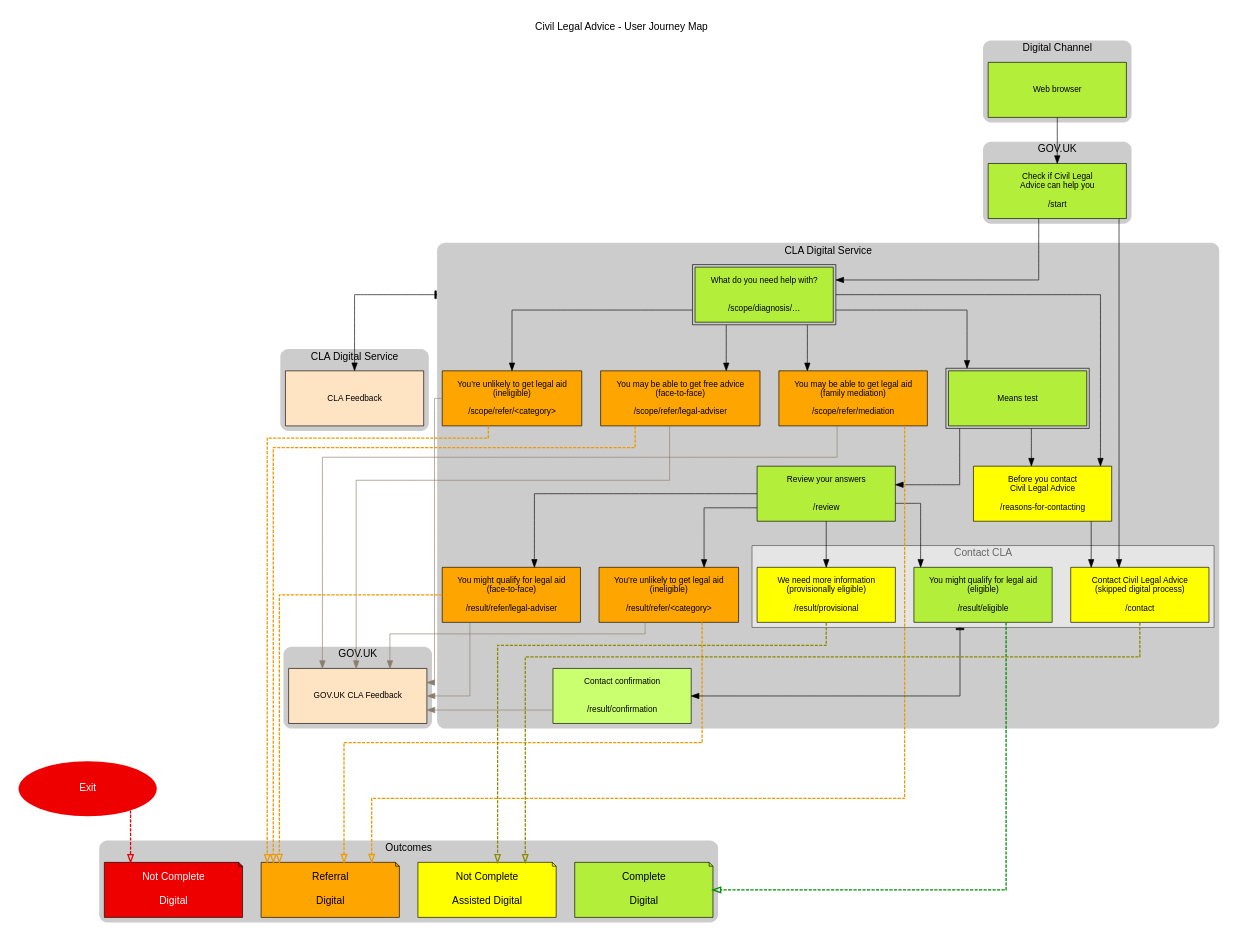
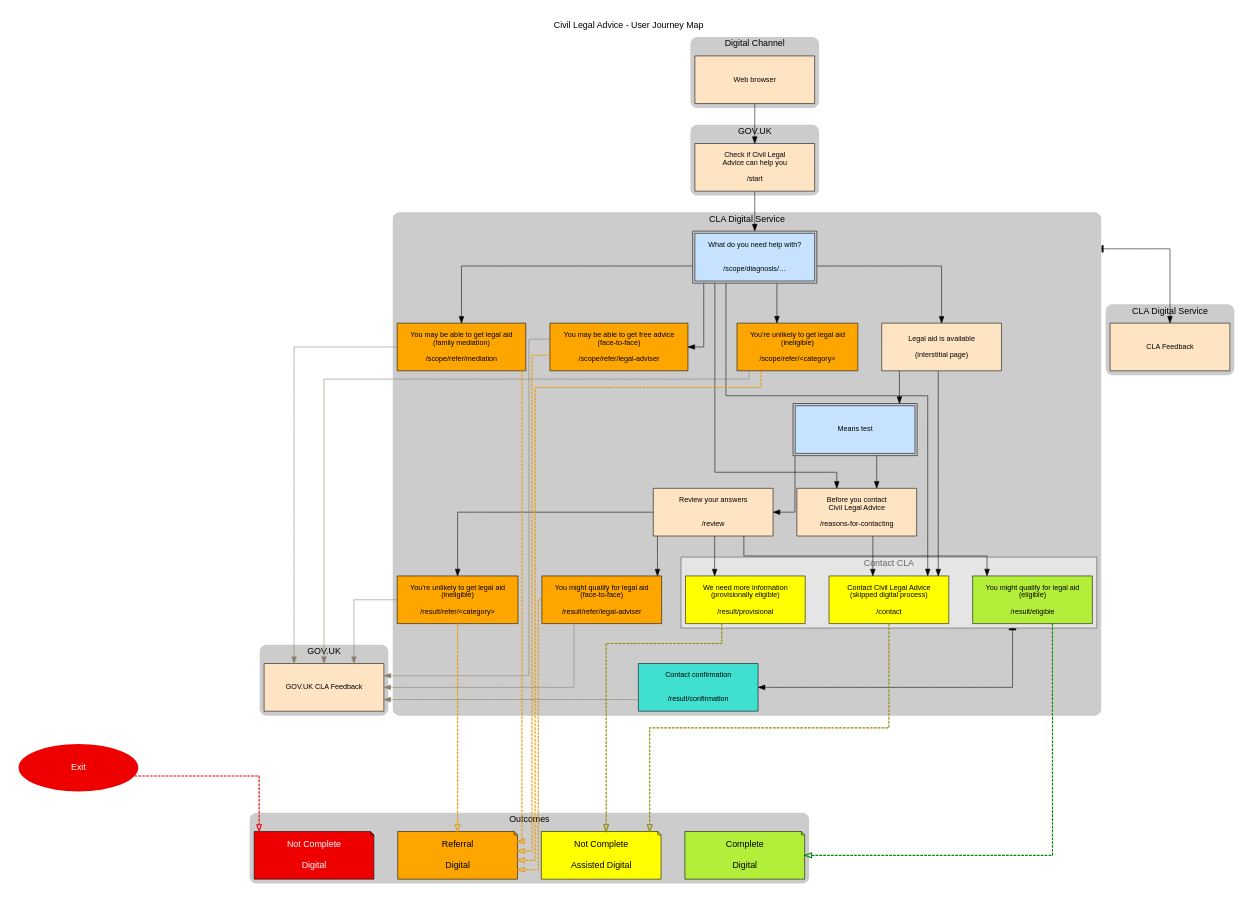
One commit to ministryofjustice/cla_public changed the diagram in cla-user-journey.gv. Above: the diagram before and after it, drawn with Graphviz.

Commit message:
Update User Journey Graph
- Add interstitial page
- Remove link to contact page from GOV.UK start page
- Add link from interstitial page to contact page
- Add link from scope diagnosis to contact page (immediate danger)

```diff
--- a/cla-user-journey.gv
+++ b/cla-user-journey.gv
@@ -1,151 +1,156 @@
 digraph CLA_User_Journey {
 	compound 	= true
 	labelloc 	= t
 	ordering 	= out
 	splines 	= ortho
-	nodesep		= .4
+	nodesep		= .6
 	ranksep 	= .4
 
 	label 		= "Civil Legal Advice - User Journey Map"
 	fontsize	= 16
 	size 		= "8x11"
 
 	graph  [ style="rounded, filled" fillcolor=grey80 fontname=Helvetica penwidth=0 ]
-	node   [ shape=box style=filled fillcolor=olivedrab2 fontname=Helvetica fontsize=13 height=1.2 width=3 ]
+	node   [ shape=box style=filled fillcolor=bisque fontname=Helvetica fontsize=13 height=1.2 width=3 ]
 	edge   [ minlen=2 arrowsize=1.2 fontname=Helvetica fontsize=12 fontcolor=grey40 ]
 
 	subgraph cluster_digital_channel {
 		label="Digital Channel"
 
 		Browser [ label = "Web browser" ]
 	}
 
 	subgraph cluster_govuk_start {
 		label = "GOV.UK"
 
 		CLA_Start [ label="Check if Civil Legal\nAdvice can help you\n\n/start" ]
 	}
 
 	subgraph cluster_govuk_end {
 		label = "GOV.UK"
 
-		GOVUK_CLA_Feedback [ label="GOV.UK CLA Feedback" fillcolor=bisque ]
+		GOVUK_CLA_Feedback [ label="GOV.UK CLA Feedback" ]
 	}
 
 	subgraph cluster_cla_digital_service {
 		label="CLA Digital Service"
 
-        CLA_Scope_Diagnosis [ label="What do you need help with?\n\n\n/scope/diagnosis/…" peripheries=2 ]
-		CLA_Means_Test [ label="Means test" peripheries=2 ]
+        CLA_Scope_Diagnosis [ label="What do you need help with?\n\n\n/scope/diagnosis/…" peripheries=2 fillcolor=slategray1 ]
+		CLA_Means_Test [ label="Means test" peripheries=2 fillcolor=slategray1 ]
 
 		CLA_Review_Answers [ label="Review your answers\n\n\n/review" ]
 
         CLA_Scope_Ineligible [ label="You’re unlikely to get legal aid\n(ineligible)\n\n/scope/refer/<category>" fillcolor=orange ]
         CLA_Scope_Face_To_Face [ label="You may be able to get free advice\n(face-to-face)\n\n/scope/refer/legal-adviser" fillcolor=orange ]
         CLA_Scope_Mediation [ label="You may be able to get legal aid\n(family mediation)\n\n/scope/refer/mediation" fillcolor=orange ]
         CLA_Result_Ineligible [ label="You’re unlikely to get legal aid\n(ineligible)\n\n/result/refer/<category>" fillcolor=orange ]
 		CLA_Result_Find_Legal_Adviser [ label="You might qualify for legal aid\n(face-to-face)\n\n/result/refer/legal-adviser" fillcolor=orange ]
 
 		subgraph cluster_contact {
 			label = "Contact CLA"
 			style=filled
 			penwidth=1
 			color=grey30
 			fontcolor=grey40
 			fillcolor=grey90
 
-			CLA_Result_Eligible [ label="You might qualify for legal aid\n(eligible)\n\n/result/eligible" ]
-			CLA_Result_Eligible_More_Info [ label="We need more information\n(provisionally eligible)\n\n/result/provisional" fillcolor=yellow ]
+			CLA_Result_Eligible [ label="You might qualify for legal aid\n(eligible)\n\n/result/eligible" fillcolor=olivedrab2 ]
+			CLA_Result_Provisional [ label="We need more information\n(provisionally eligible)\n\n/result/provisional" fillcolor=yellow ]
 			CLA_Contact [ label="Contact Civil Legal Advice\n(skipped digital process)\n\n/contact" fillcolor=yellow ]
 		}
 
-        CLA_Reasons_For_Contacting [ label="Before you contact\nCivil Legal Advice\n\n/reasons-for-contacting" fillcolor=yellow ]
+        CLA_Reasons_For_Contacting [ label="Before you contact\nCivil Legal Advice\n\n/reasons-for-contacting" ]
 
-		CLA_Contact_Confirmation [ label="Contact confirmation\n\n\n/result/confirmation" fillcolor="darkolivegreen1" ]
+        CLA_Contact_Confirmation [ label="Contact confirmation\n\n\n/result/confirmation" fillcolor=turquoise ]
+
+		CLA_Interstitial [ label="Legal aid is available\n\n(interstitial page)" ]
 	}
 
 	subgraph cluster_outcomes {
 		label = "Outcomes"
 
 		Not_Complete_Digital [ shape=note fontcolor=white fontsize=16 label="Not Complete\n\nDigital" fillcolor=red2 ]
 		Not_Complete_Assisted_Digital [ shape=note fontsize=16 label="Not Complete\n\nAssisted Digital" fillcolor=yellow ]
 		Complete_Digital [ shape=note fontsize=16 label="Complete\n\nDigital" fillcolor=olivedrab2 ]
 		Referral_Digital [ shape=note fontsize=16 label="Referral\n\nDigital" fillcolor=orange ]
 	}
 
     subgraph cluster_cla_digital_service_feedback {
         label = "CLA Digital Service"
 
-        CLA_Feedback [ label="CLA Feedback" fillcolor=bisque ]
+        CLA_Feedback [ label="CLA Feedback" ]
     }
 
     Exit [ shape=oval fontcolor=white fontsize=16 label="Exit" fillcolor=red2 penwidth=0 ]
 
 
 	// Connections
 	// -----------
 
 	// Digital journey start
 	Browser -> CLA_Start
 
 	// GOV.UK journey
-	CLA_Start -> { CLA_Scope_Diagnosis CLA_Contact }
+	CLA_Start -> { CLA_Scope_Diagnosis }
 
 	// CLA in scope
-	CLA_Scope_Diagnosis -> CLA_Means_Test -> CLA_Review_Answers
+	CLA_Scope_Diagnosis -> CLA_Interstitial -> CLA_Means_Test -> CLA_Review_Answers
+
+    CLA_Interstitial -> CLA_Contact
+    CLA_Scope_Diagnosis -> CLA_Contact
 
 	// Outcomes
 	CLA_Review_Answers -> {
 		CLA_Result_Eligible
-		CLA_Result_Eligible_More_Info
+		CLA_Result_Provisional
 		CLA_Result_Ineligible
         CLA_Result_Find_Legal_Adviser
 	}
 
     CLA_Scope_Diagnosis -> CLA_Scope_Ineligible
 
 	// User journey problem (skip to contact)
 	{ CLA_Scope_Diagnosis, CLA_Means_Test } -> CLA_Reasons_For_Contacting
     CLA_Reasons_For_Contacting -> CLA_Contact
 
 	// Confirmations
 	CLA_Result_Eligible -> CLA_Contact_Confirmation [ ltail=cluster_contact arrowtail=tee dir=both ]
 
 	// Out of scope for CLA
     CLA_Scope_Diagnosis -> { CLA_Scope_Mediation CLA_Scope_Face_To_Face }
 
 	// CLA Feedback
     CLA_Scope_Diagnosis -> CLA_Feedback [ arrowtail=tee dir=both ltail=cluster_cla_digital_service ]
 
 	// GOV.UK CLA Feedback
 	{
         CLA_Scope_Ineligible
 		CLA_Scope_Face_To_Face
         CLA_Scope_Mediation
 		CLA_Contact_Confirmation
         CLA_Result_Ineligible
         CLA_Result_Find_Legal_Adviser
 	} -> GOVUK_CLA_Feedback [ color=bisque4 ]
 
 	// Not Complete - user 'bails out'
 	CLA_Scope_Diagnosis -> Exit [ style=invis ]
 	GOVUK_CLA_Feedback -> Exit [ style=invis ]
 
 	// Outcome categories
 	Exit -> Not_Complete_Digital [ color=red2 style="dashed,bold" fillcolor=none ]
 
 	CLA_Result_Eligible -> Complete_Digital [ color=green4 style="dashed,bold" fillcolor=none ]
 
 	{
-		CLA_Result_Eligible_More_Info
+		CLA_Result_Provisional
 		CLA_Contact
 	} -> Not_Complete_Assisted_Digital [ color=yellow4 style="dashed,bold" fillcolor=none ]
 
 	{
         CLA_Scope_Ineligible
         CLA_Scope_Face_To_Face
         CLA_Scope_Mediation
 		CLA_Result_Ineligible
         CLA_Result_Find_Legal_Adviser
 	} -> Referral_Digital [ color=orange2 style="dashed,bold" fillcolor=none ]
 }
```
